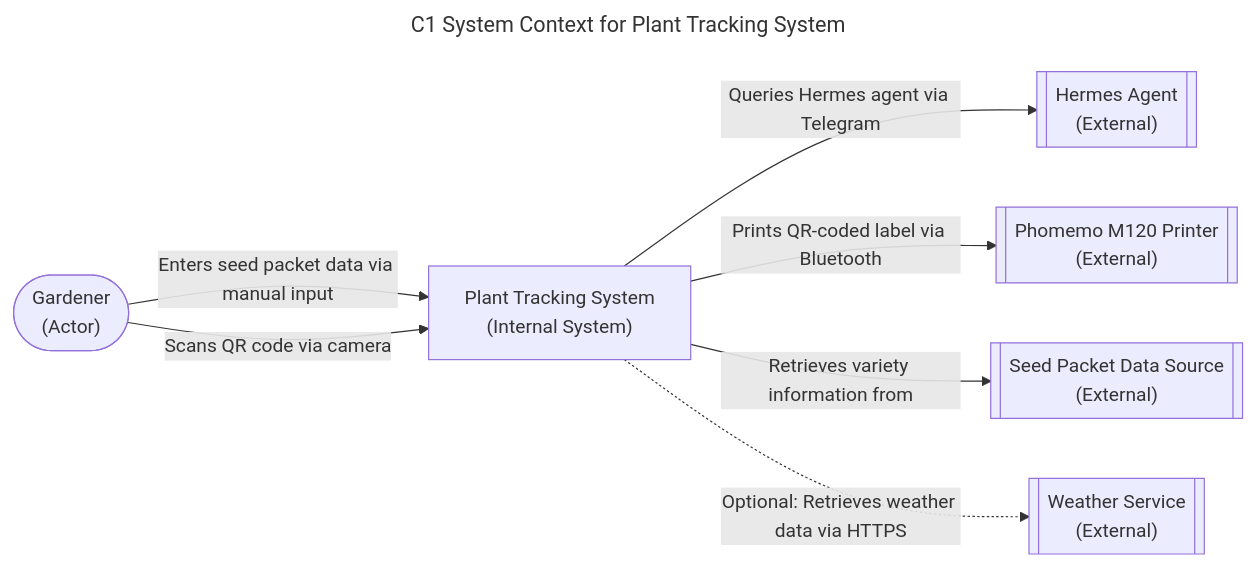
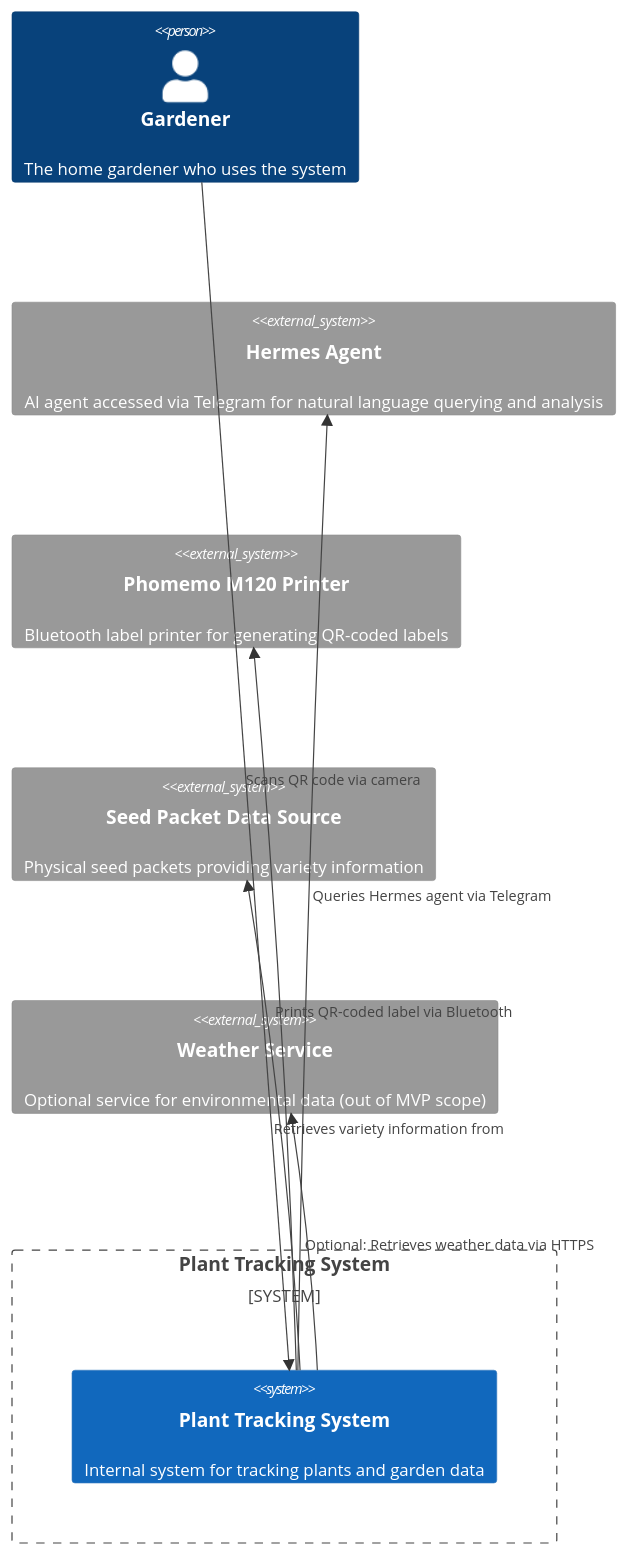
The diagram in knowledge/architecture/decisions/ADR-0002-system-context.md (geraldthewes/plant-tracking), drawn with Mermaid before and after one commit. The commit also changed other lines of this file and 12 other files, not shown here.

````diff
--- a/knowledge/architecture/decisions/ADR-0002-system-context.md
+++ b/knowledge/architecture/decisions/ADR-0002-system-context.md
@@ -88,21 +88,21 @@
 ```mermaid
 ---
 title: C1 System Context for Plant Tracking System
 ---
-flowchart LR
-    gardener(["Gardener\n(Actor)"])
+C4Context
+    Person(gardener, "Gardener", "The home gardener who uses the system")
+    System_Boundary(plant_tracking_system, "Plant Tracking System") {
+        System(trackingsystem, "Plant Tracking System", "Internal system for tracking plants and garden data")
+    }
+    System_Ext(hermes, "Hermes Agent", "AI agent accessed via Telegram for natural language querying and analysis")
+    System_Ext(phomemo, "Phomemo M120 Printer", "Bluetooth label printer for generating QR-coded labels")
+    System_Ext(seed, "Seed Packet Data Source", "Physical seed packets providing variety information")
+    System_Ext(weather, "Weather Service", "Optional service for environmental data (out of MVP scope)")
 
-    sys["Plant Tracking System\n(Internal System)"]
-
-    hermes[["Hermes Agent\n(External)"]]
-    phomemo[["Phomemo M120 Printer\n(External)"]]
-    seed[["Seed Packet Data Source\n(External)"]]
-    weather[["Weather Service\n(External)"]]
-
-    gardener -->|"Enters seed packet data via manual input"| sys
-    gardener -->|"Scans QR code via camera"| sys
-    sys -->|"Queries Hermes agent via Telegram"| hermes
-    sys -->|"Prints QR-coded label via Bluetooth"| phomemo
-    sys -->|"Retrieves variety information from"| seed
-    sys -.->|"Optional: Retrieves weather data via HTTPS"| weather
+    Rel(gardener, trackingsystem, "Enters seed packet data via manual input")
+    Rel(gardener, trackingsystem, "Scans QR code via camera")
+    Rel(trackingsystem, hermes, "Queries Hermes agent via Telegram")
+    Rel(trackingsystem, phomemo, "Prints QR-coded label via Bluetooth")
+    Rel(trackingsystem, seed, "Retrieves variety information from")
+    Rel_R(trackingsystem, weather, "Optional: Retrieves weather data via HTTPS")
 ```
````
